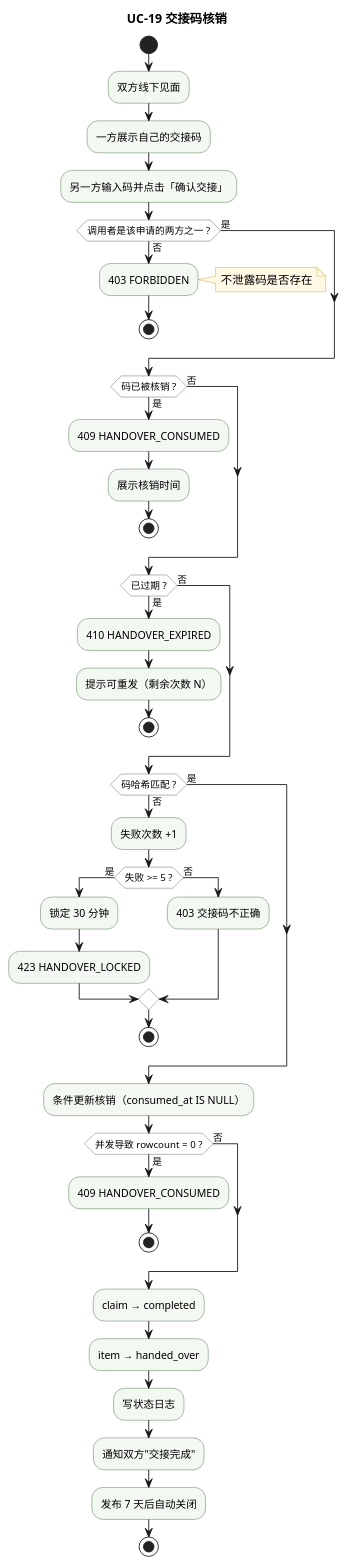
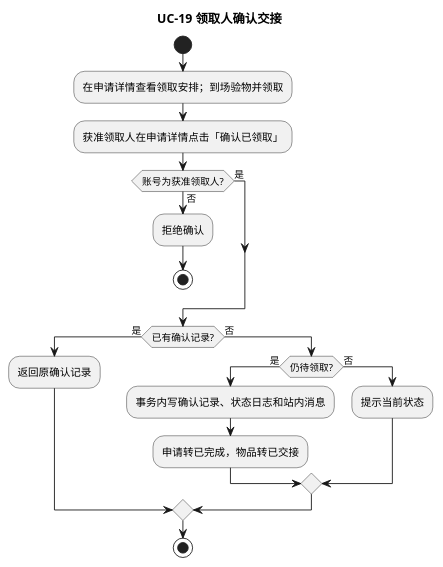
The diagram in models/sequence/act-uc19-handover.puml (phao90016-jpg/Tongji-campus-lost-found), drawn with PlantUML before and after one commit. The commit also changed 50 other files, not shown here.

```diff
--- a/models/sequence/act-uc19-handover.puml
+++ b/models/sequence/act-uc19-handover.puml
@@ -1,73 +1,26 @@
 @startuml act-uc19-handover
-' ============================================================
-' UC-19 交接码生成、核销与重发 · 活动图
-' 对应 SRS §4.4
-' ============================================================
-title UC-19 交接码核销
+title UC-19 领取人确认交接
 
-skinparam defaultFontName "Microsoft YaHei"
+skinparam defaultFontName "PingFang SC"
 skinparam shadowing false
-skinparam activity {
-  BackgroundColor #F3F8F2
-  BorderColor #3F6B3A
-  DiamondBackgroundColor #FFFFFF
-}
-skinparam note {
-  BackgroundColor #FFF9E6
-  BorderColor #C9A227
-}
 
 start
-
-:双方线下见面;
-:一方展示自己的交接码;
-:另一方输入码并点击「确认交接」;
-
-if (调用者是该申请的两方之一 ?) then (否)
-  :403 FORBIDDEN;
-  note right : 不泄露码是否存在
+:在申请详情查看领取安排；到场验物并领取;
+:获准领取人在申请详情点击「确认已领取」;
+if (账号为获准领取人?) then (是)
+else (否)
+  :拒绝确认;
   stop
-else (是)
 endif
-
-if (码已被核销 ?) then (是)
-  :409 HANDOVER_CONSUMED;
-  :展示核销时间;
-  stop
+if (已有确认记录?) then (是)
+  :返回原确认记录;
 else (否)
+  if (仍待领取?) then (是)
+    :事务内写确认记录、状态日志和站内消息;
+    :申请转已完成，物品转已交接;
+  else (否)
+    :提示当前状态;
+  endif
 endif
-
-if (已过期 ?) then (是)
-  :410 HANDOVER_EXPIRED;
-  :提示可重发（剩余次数 N）;
-  stop
-else (否)
-endif
-
-if (码哈希匹配 ?) then (否)
-  :失败次数 +1;
-  if (失败 >= 5 ?) then (是)
-    :锁定 30 分钟;
-    :423 HANDOVER_LOCKED;
-  else (否)
-    :403 交接码不正确;
-  endif
-  stop
-else (是)
-endif
-
-:条件更新核销（consumed_at IS NULL）;
-if (并发导致 rowcount = 0 ?) then (是)
-  :409 HANDOVER_CONSUMED;
-  stop
-else (否)
-endif
-
-:claim → completed;
-:item → handed_over;
-:写状态日志;
-:通知双方"交接完成";
-:发布 7 天后自动关闭;
 stop
-
 @enduml
```
